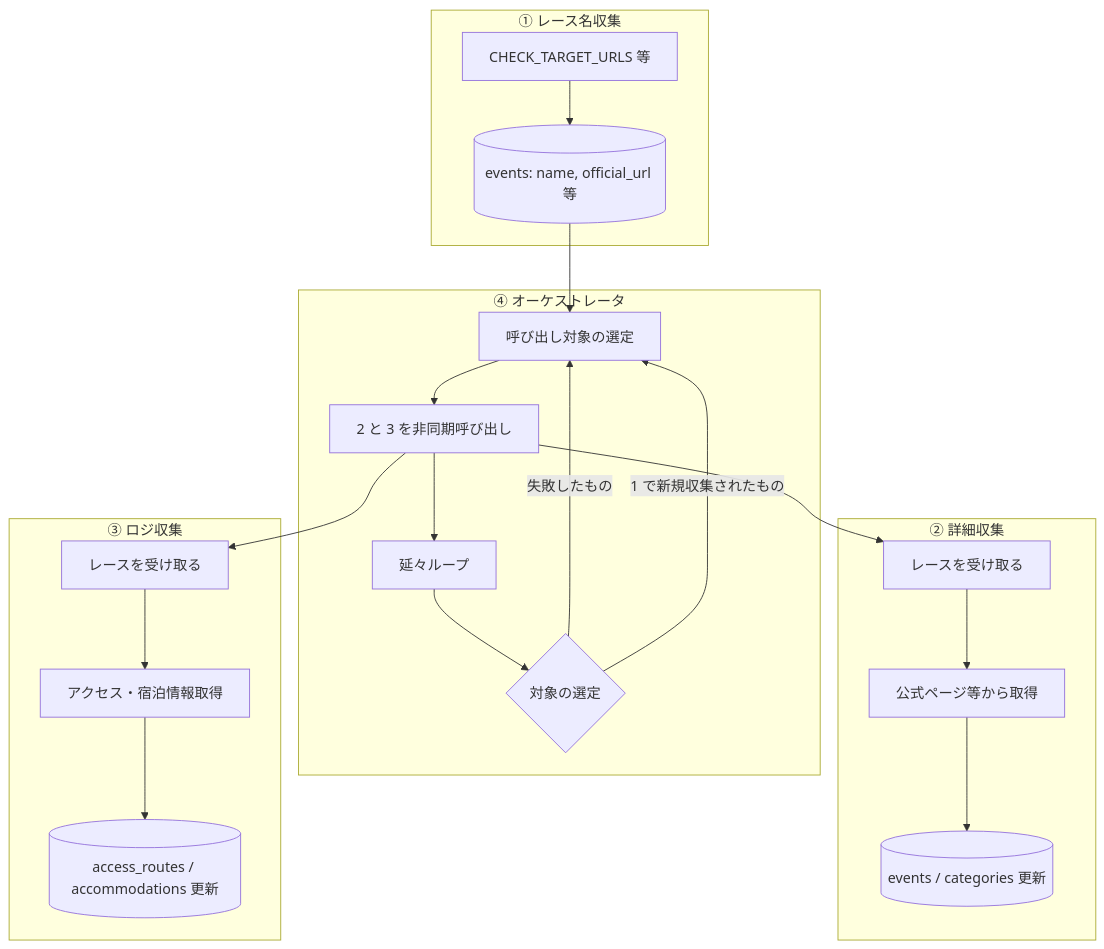
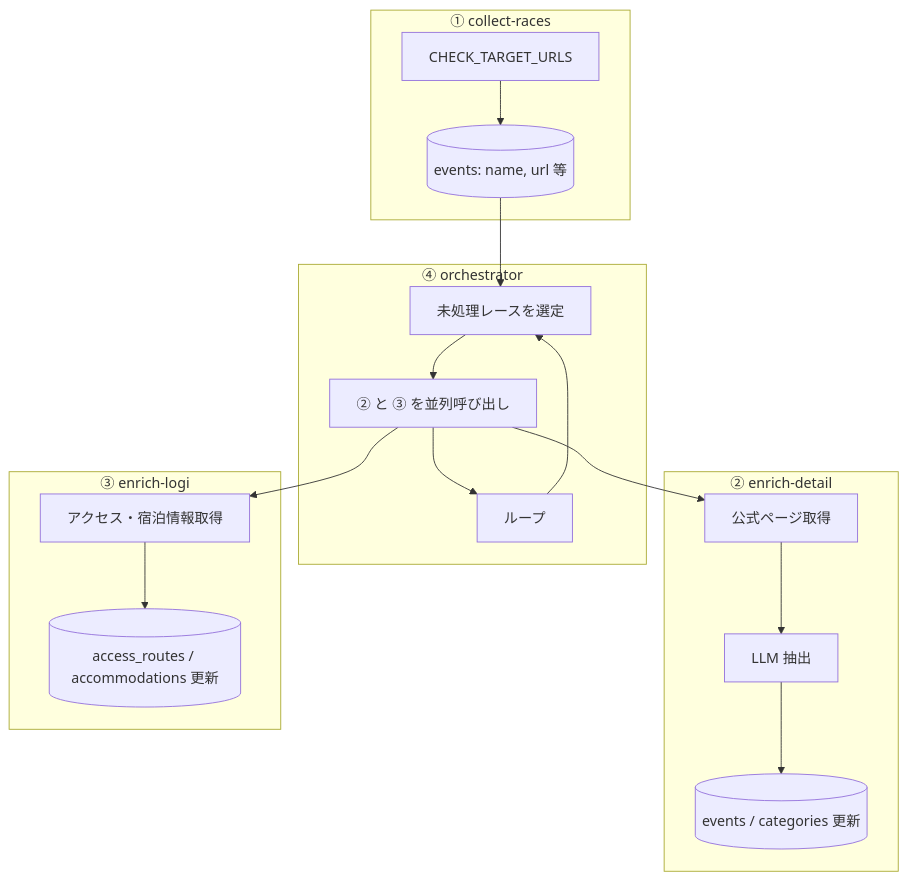
One commit to bokuno-studio/YabaiTravel changed the diagram in docs/SPEC_BACKEND_FLOW.md. Above: the diagram before and after it, drawn with Mermaid. The commit also changed other lines of this file and 4 other files, not shown here.

````diff
--- a/docs/SPEC_BACKEND_FLOW.md
+++ b/docs/SPEC_BACKEND_FLOW.md
@@ -20,28 +20,25 @@
 ```mermaid
 flowchart TB
-    subgraph S1["① レース名収集"]
-        S1_IN[CHECK_TARGET_URLS 等] --> S1_OUT[(events: name, official_url 等)]
+    subgraph S1["① collect-races"]
+        S1_IN[CHECK_TARGET_URLS] --> S1_OUT[(events: name, url 等)]
     end
 
-    subgraph S4["④ オーケストレータ"]
-        S4_IN[呼び出し対象の選定] --> S4_DISPATCH[2 と 3 を非同期呼び出し]
-        S4_DISPATCH --> S4_LOOP[延々ループ]
-        S4_LOOP --> S4_SELECT{対象の選定}
+    subgraph S4["④ orchestrator"]
+        S4_SELECT[未処理レースを選定] --> S4_DISPATCH[② と ③ を並列呼び出し]
+        S4_DISPATCH --> S4_LOOP[ループ]
+        S4_LOOP --> S4_SELECT
     end
 
-    subgraph S2["② 詳細収集"]
-        S2_IN[レースを受け取る] --> S2_FETCH[公式ページ等から取得]
-        S2_FETCH --> S2_WRITE[(events / categories 更新)]
+    subgraph S2["② enrich-detail"]
+        S2_FETCH[公式ページ取得] --> S2_LLM[LLM 抽出]
+        S2_LLM --> S2_WRITE[(events / categories 更新)]
     end
 
-    subgraph S3["③ ロジ収集"]
-        S3_IN[レースを受け取る] --> S3_FETCH[アクセス・宿泊情報取得]
-        S3_FETCH --> S3_WRITE[(access_routes / accommodations 更新)]
+    subgraph S3["③ enrich-logi"]
+        S3_FETCH[アクセス・宿泊情報取得] --> S3_WRITE[(access_routes / accommodations 更新)]
     end
 
-    S1_OUT --> S4_IN
-    S4_SELECT -->|失敗したもの| S4_IN
-    S4_SELECT -->|1 で新規収集されたもの| S4_IN
-    S4_DISPATCH --> S2_IN
-    S4_DISPATCH --> S3_IN
+    S1_OUT --> S4_SELECT
+    S4_DISPATCH --> S2_FETCH
+    S4_DISPATCH --> S3_FETCH
 ```
````
